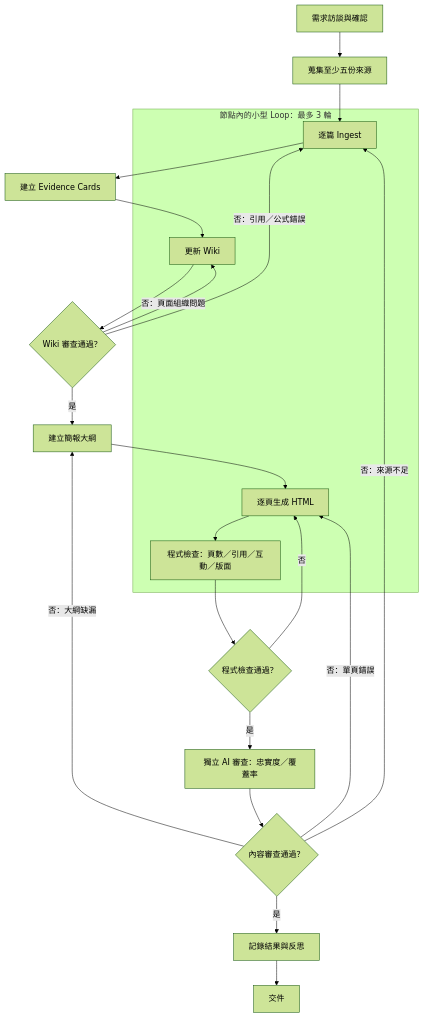
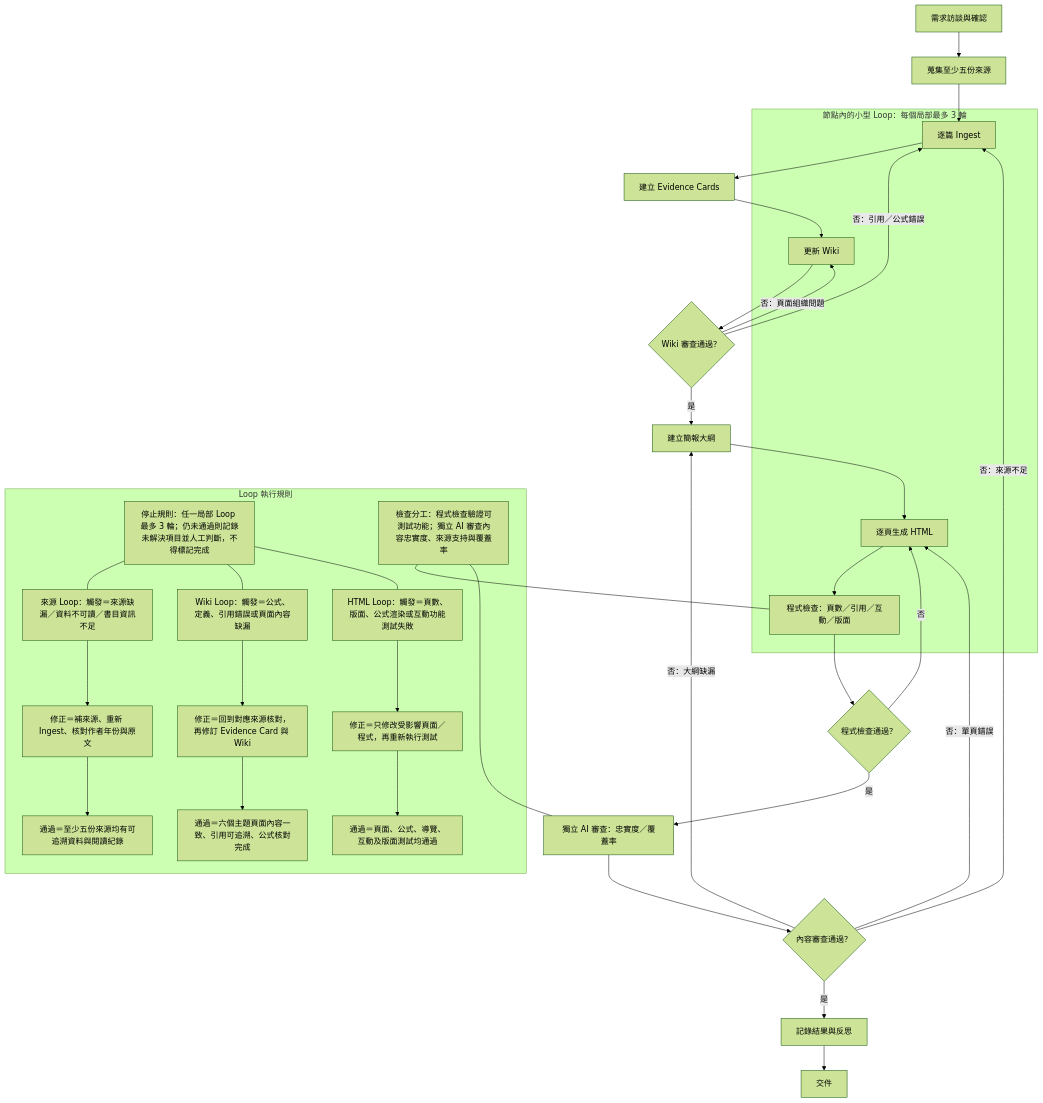
The diagram in workflow.mmd (Marcise-H/rwllmwiki), drawn with Mermaid (forest theme) before and after one commit.

```diff
--- a/workflow.mmd
+++ b/workflow.mmd
@@ -1,27 +1,50 @@
 flowchart TD
     A[需求訪談與確認] --> B[蒐集至少五份來源]
     B --> C[逐篇 Ingest]
     C --> D[建立 Evidence Cards]
     D --> E[更新 Wiki]
     E --> F{Wiki 審查通過？}
     F -- 否：引用／公式錯誤 --> C
     F -- 否：頁面組織問題 --> E
     F -- 是 --> G[建立簡報大綱]
     G --> H[逐頁生成 HTML]
     H --> I[程式檢查：頁數／引用／互動／版面]
     I --> J{程式檢查通過？}
     J -- 否 --> H
     J -- 是 --> K[獨立 AI 審查：忠實度／覆蓋率]
     K --> L{內容審查通過？}
     L -- 否：來源不足 --> C
     L -- 否：大綱缺漏 --> G
     L -- 否：單頁錯誤 --> H
     L -- 是 --> M[記錄結果與反思]
     M --> N[交件]
 
-    subgraph LocalLoops[節點內的小型 Loop：最多 3 輪]
+    subgraph LocalLoops[節點內的小型 Loop：每個局部最多 3 輪]
       C
       E
       H
       I
     end
+
+    subgraph LoopRules[Loop 執行規則]
+      R1[來源 Loop：觸發＝來源缺漏／資料不可讀／書目資訊不足]
+      R2[修正＝補來源、重新 Ingest、核對作者年份與原文]
+      R3[通過＝至少五份來源均有可追溯資料與閱讀紀錄]
+      R4[Wiki Loop：觸發＝公式、定義、引用錯誤或頁面內容缺漏]
+      R5[修正＝回到對應來源核對，再修訂 Evidence Card 與 Wiki]
+      R6[通過＝六個主題頁面內容一致、引用可追溯、公式核對完成]
+      R7[HTML Loop：觸發＝頁數、版面、公式渲染或互動功能測試失敗]
+      R8[修正＝只修改受影響頁面／程式，再重新執行測試]
+      R9[通過＝頁面、公式、導覽、互動及版面測試均通過]
+      R10[停止規則：任一局部 Loop 最多 3 輪；仍未通過則記錄未解決項目並人工判斷，不得標記完成]
+      R11[檢查分工：程式檢查驗證可測試功能；獨立 AI 審查內容忠實度、來源支持與覆蓋率]
+    end
+
+    R1 --> R2 --> R3
+    R4 --> R5 --> R6
+    R7 --> R8 --> R9
+    R10 --- R1
+    R10 --- R4
+    R10 --- R7
+    R11 --- I
+    R11 --- K
```
